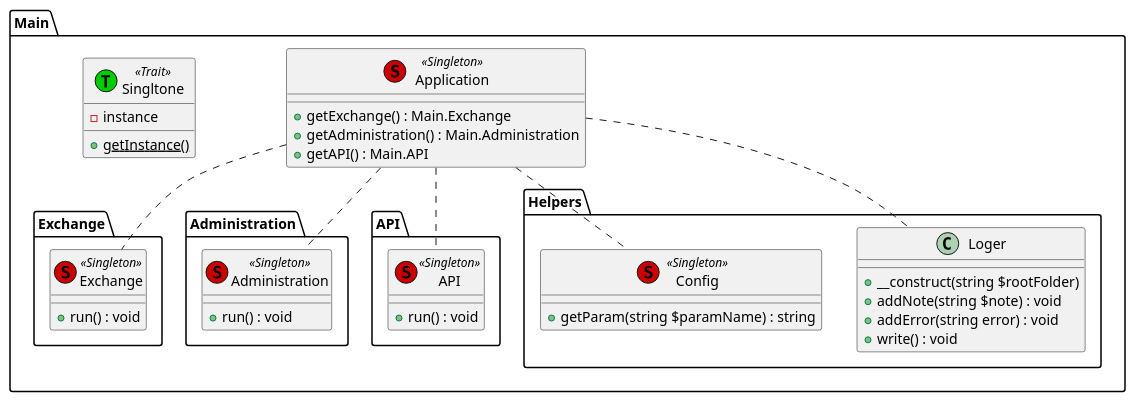
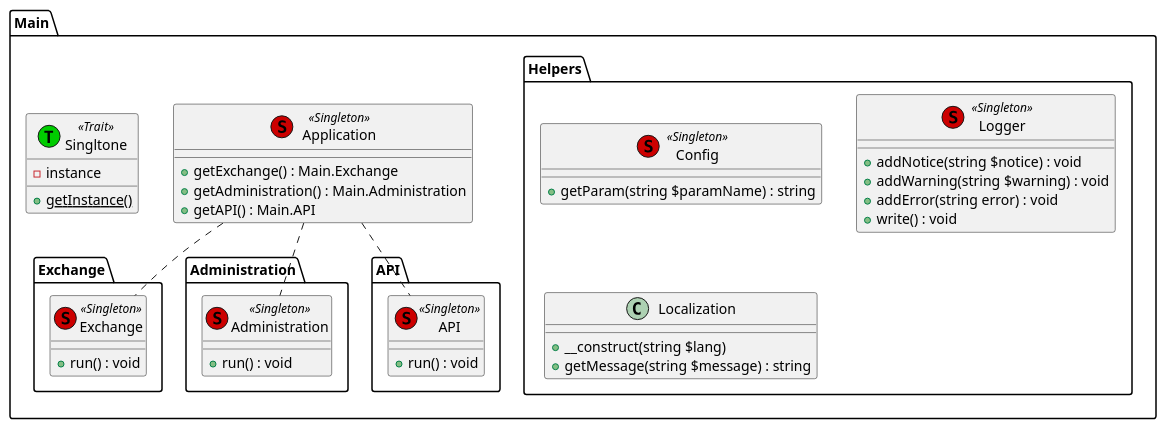
The diagram in main.puml (HvorostenkoNV/Exchanges), drawn with PlantUML before and after one commit. The commit also changed 63 other files, not shown here.

```diff
--- a/main.puml
+++ b/main.puml
@@ -1,53 +1,56 @@
 @startuml
 
 namespace Main{
     class Application << (S,#CC0000) Singleton >>{
         +getExchange() : Main.Exchange
         +getAdministration() : Main.Administration
         +getAPI() : Main.API
     }
 
     class Singltone << (T,#00CC00) Trait >>{
         -instance
         +{static}getInstance()
     }
 }
 
 namespace Main.Exchange{
     class Exchange << (S,#CC0000) Singleton >>{
         +run() : void
     }
 }
 
 namespace Main.Administration{
     class Administration << (S,#CC0000) Singleton >>{
         +run() : void
     }
 }
 
 namespace Main.API{
     class API << (S,#CC0000) Singleton >>{
         +run() : void
     }
 }
 
 namespace Main.Helpers{
-    class Loger{
-        +__construct(string $rootFolder)
-        +addNote(string $note) : void
+    class Config << (S,#CC0000) Singleton >>{
+        +getParam(string $paramName) : string
+    }
+
+    class Logger << (S,#CC0000) Singleton >>{
+        +addNotice(string $notice) : void
+        +addWarning(string $warning) : void
         +addError(string error) : void
         +write() : void
     }
 
-    class Config << (S,#CC0000) Singleton >>{
-        +getParam(string $paramName) : string
+    class Localization{
+        +__construct(string $lang)
+        +getMessage(string $message) : string
     }
 }
 
 Main.Application .. Main.Exchange.Exchange
 Main.Application .. Main.Administration.Administration
 Main.Application .. Main.API.API
-Main.Application .. Main.Helpers.Loger
-Main.Application .. Main.Helpers.Config
 
 @enduml
```
